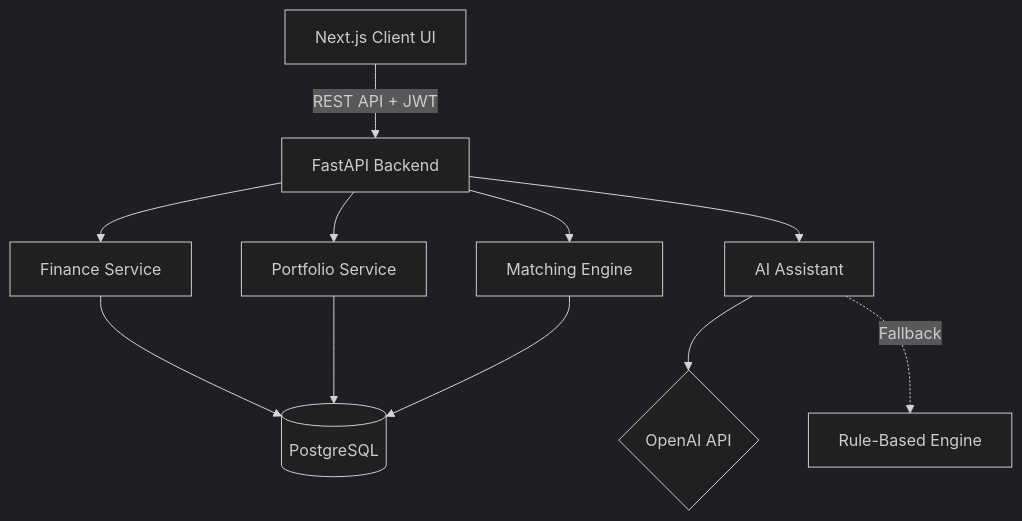
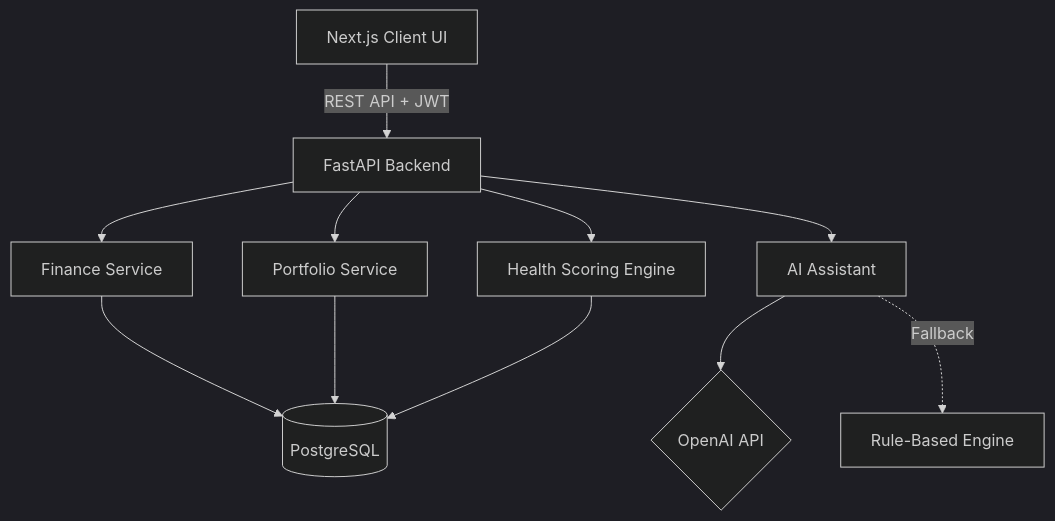
Before and after one commit to yigitsarpavci/financial-analytics-dashboard: the diagram in README.md, drawn with Mermaid (dark theme). The commit also changed other lines of this file, not shown here.

Commit message:
docs: align README with actual personal finance and portfolio risk platform architecture

````diff
--- a/README.md
+++ b/README.md
@@ -79,21 +78,21 @@
 ```mermaid
 graph TD
     Client[Next.js Client UI] -->|REST API + JWT| API[FastAPI Backend]
     
     subapi_finance[Finance Service]
     subapi_portfolio[Portfolio Service]
-    subapi_trading[Matching Engine]
+    subapi_scoring[Health Scoring Engine]
     subapi_ai[AI Assistant]
 
     API --> subapi_finance
     API --> subapi_portfolio
-    API --> subapi_trading
+    API --> subapi_scoring
     API --> subapi_ai
 
     subapi_finance --> DB[(PostgreSQL)]
     subapi_portfolio --> DB
-    subapi_trading --> DB
+    subapi_scoring --> DB
     
     subapi_ai --> LLM{OpenAI API}
     subapi_ai -.Fallback.-> Rules[Rule-Based Engine]
 ```
````
